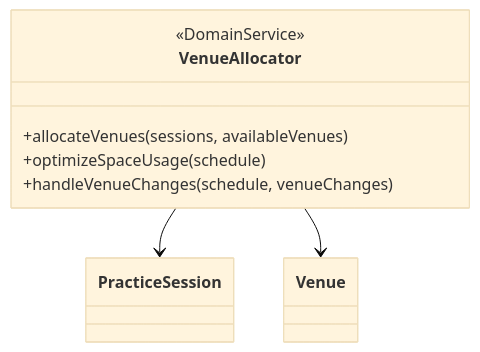
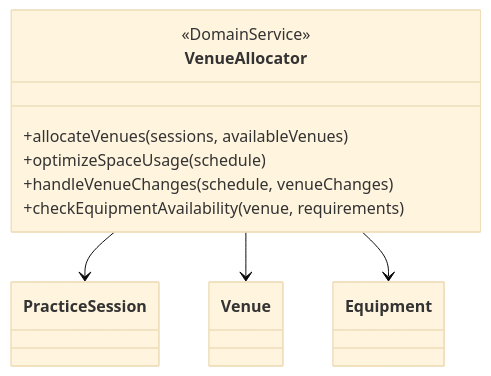
One commit to NowatariSoma/tomosigoto_nou_system changed diagram 11 of 16 in 設計書/04_ドメインサービス.md. Above: the diagram before and after it, drawn with Mermaid (base theme). The commit also changed other lines of this file and 12 other files, not shown here.

````diff
--- a/設計書/04_ドメインサービス.md
+++ b/設計書/04_ドメインサービス.md
@@ -269,12 +488,14 @@
 ```mermaid
 classDiagram
     class VenueAllocator {
         <<DomainService>>
         +allocateVenues(sessions, availableVenues)
         +optimizeSpaceUsage(schedule)
         +handleVenueChanges(schedule, venueChanges)
+        +checkEquipmentAvailability(venue, requirements)
     }
     
     VenueAllocator --> PracticeSession
     VenueAllocator --> Venue
+    VenueAllocator --> Equipment
 ```
````
